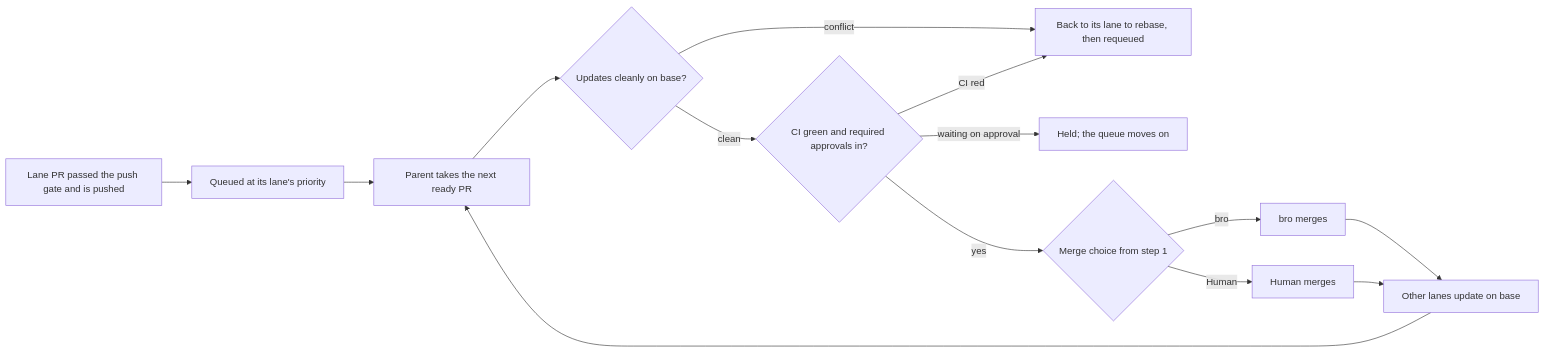
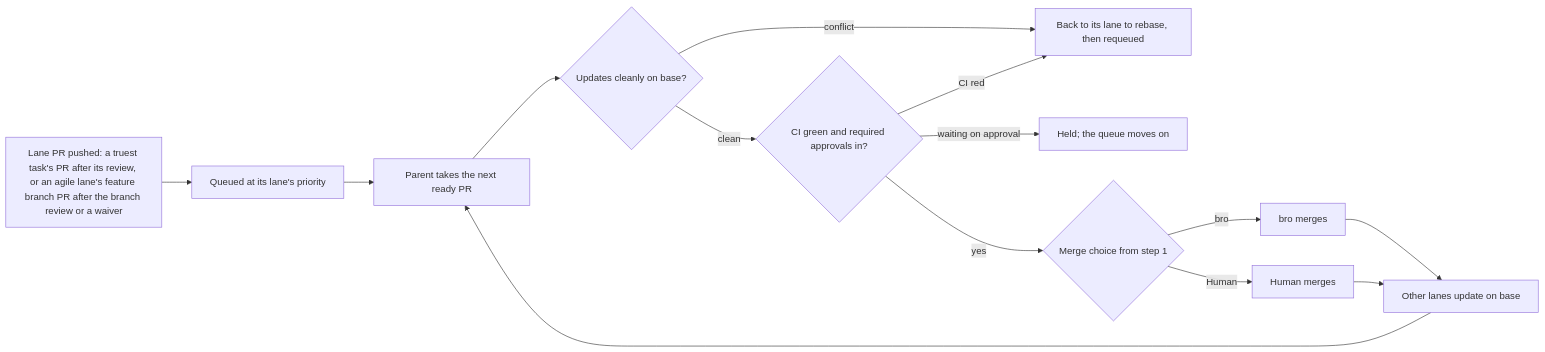
One commit to trustmybot/plugin changed the fifth of 6 diagrams in docs/architecture/LANES.md. Above: the diagram before and after it, drawn with Mermaid. The commit also changed other lines of this file and 7 other files, not shown here.

Commit message:
📝 docs(flows): plan flow 3.9 agile review mode (GH 2225)

````diff
--- a/docs/architecture/LANES.md
+++ b/docs/architecture/LANES.md
@@ -116,16 +118,16 @@
 ```mermaid
 flowchart LR
-    A[Lane PR passed the push gate and is pushed] --> B[Queued at its lane's priority]
+    A[Lane PR pushed: a truest task's PR after its review, or an agile lane's feature branch PR after the branch review or a waiver] --> B[Queued at its lane's priority]
     B --> C[Parent takes the next ready PR]
     C --> D{Updates cleanly on base?}
     D -- conflict --> E[Back to its lane to rebase, then requeued]
     D -- clean --> F{CI green and required approvals in?}
     F -- CI red --> E
     F -- waiting on approval --> G[Held; the queue moves on]
     F -- yes --> H{Merge choice from step 1}
     H -- bro --> I[bro merges]
     H -- Human --> J[Human merges]
     I --> K[Other lanes update on base]
     J --> K
     K --> C
 ```
````
